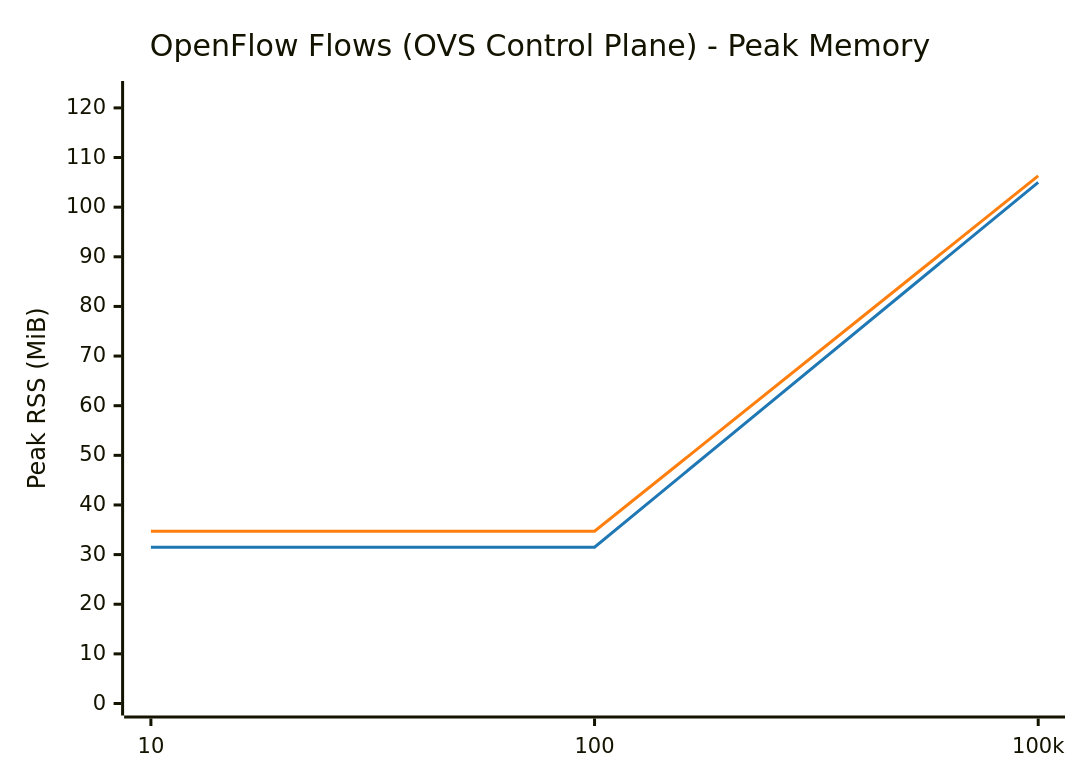
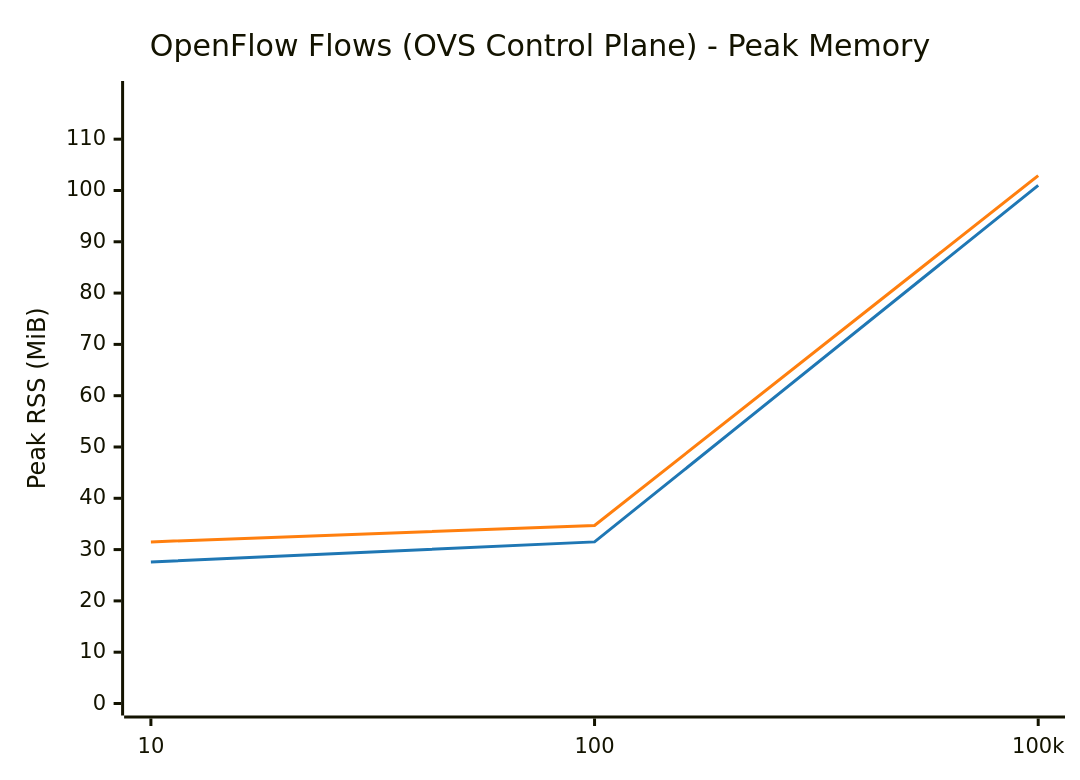
The eighth of 8 diagrams in results/BENCHMARK_REPORT.md (LionelJouin/ovs-ovn-bench), drawn with Mermaid before and after one commit. The commit also changed other lines of this file and 3 other files, not shown here.

````diff
--- a/results/BENCHMARK_REPORT.md
+++ b/results/BENCHMARK_REPORT.md
@@ -305,14 +305,14 @@
 ```mermaid
 ---
 config:
     themeVariables:
         xyChart:
             plotColorPalette: "#1f77b4, #ff7f0e"
 ---
 xychart-beta
     title "OpenFlow Flows (OVS Control Plane) - Peak Memory"
     x-axis ["10", "100", "100k"]
-    y-axis "Peak RSS (MiB)" 0 --> 123
-    line "glibc malloc" [31.5, 31.5, 105.0]
-    line "jemalloc" [34.7, 34.7, 106.3]
+    y-axis "Peak RSS (MiB)" 0 --> 119
+    line "glibc malloc" [27.6, 31.5, 101.0]
+    line "jemalloc" [31.5, 34.7, 102.9]
 ```
````
